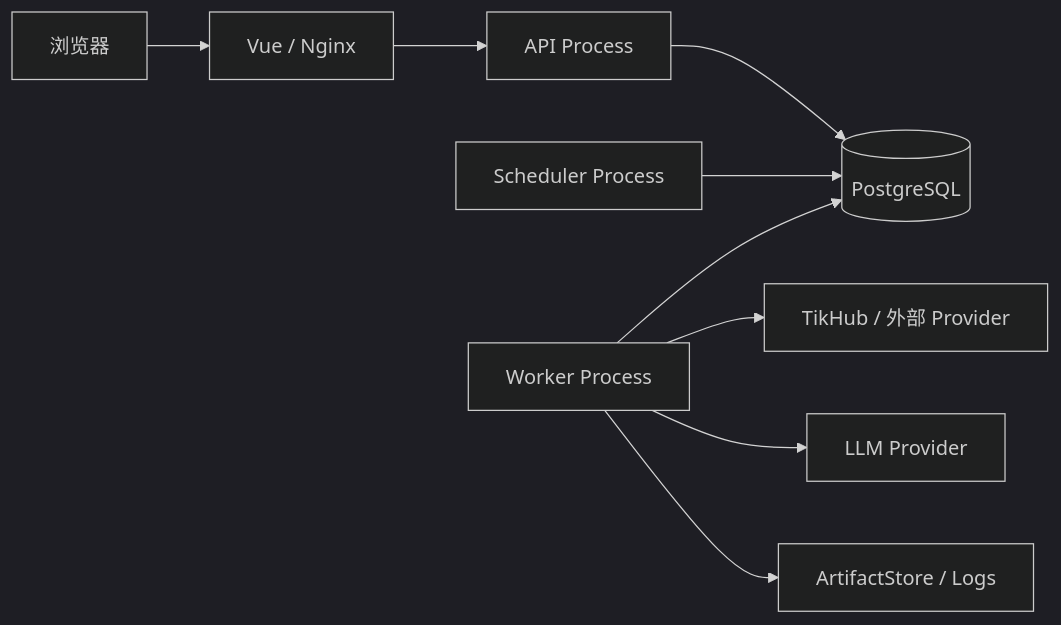
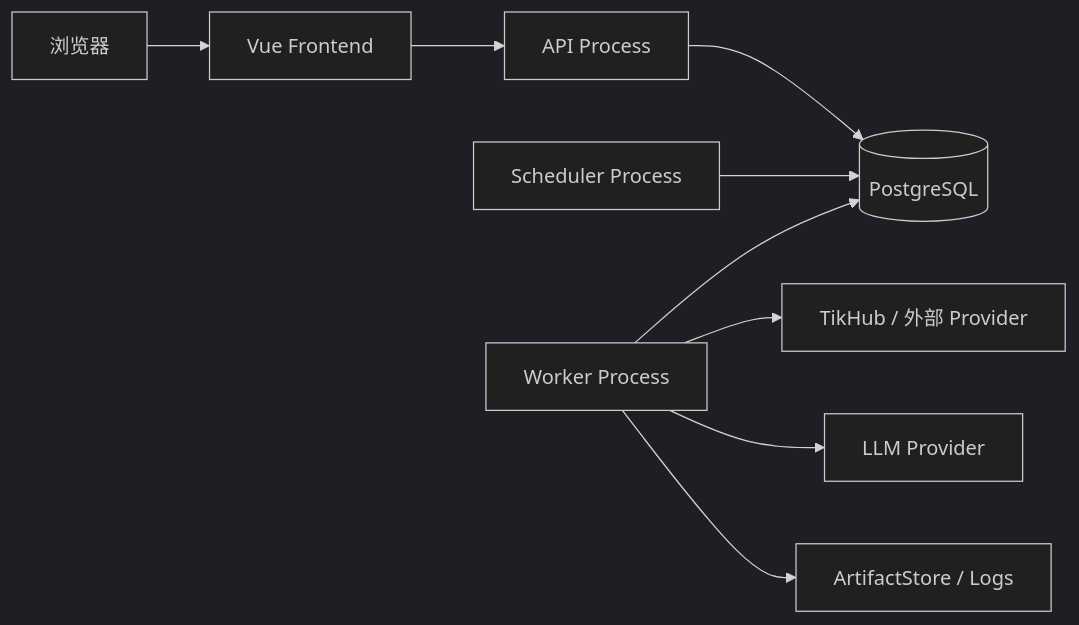
Before and after one commit to dingyuwen777/AIMA_UGC: the diagram in docs/blueprint/01-总体架构与技术选型.md, drawn with Mermaid (dark theme). The commit also changed other lines of this file, not shown here.

````diff
--- a/docs/blueprint/01-总体架构与技术选型.md
+++ b/docs/blueprint/01-总体架构与技术选型.md
@@ -209,21 +219,21 @@
 ```mermaid
 flowchart LR
     Browser[浏览器]
-    Frontend[Vue / Nginx]
+    Frontend[Vue Frontend]
     API[API Process]
     DB[(PostgreSQL)]
     Worker[Worker Process]
     Scheduler[Scheduler Process]
     Provider[TikHub / 外部 Provider]
     LLM[LLM Provider]
     Files[ArtifactStore / Logs]
 
     Browser --> Frontend
     Frontend --> API
     API --> DB
     Scheduler --> DB
     Worker --> DB
     Worker --> Provider
     Worker --> LLM
     Worker --> Files
 ```
````
